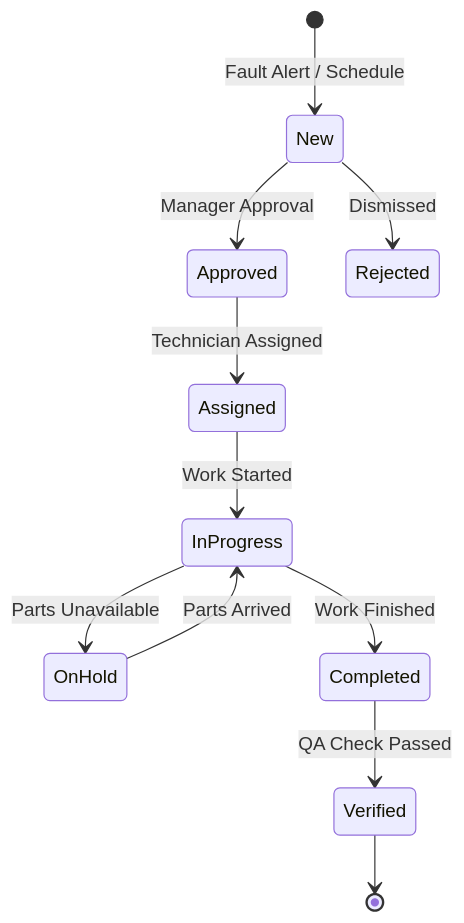
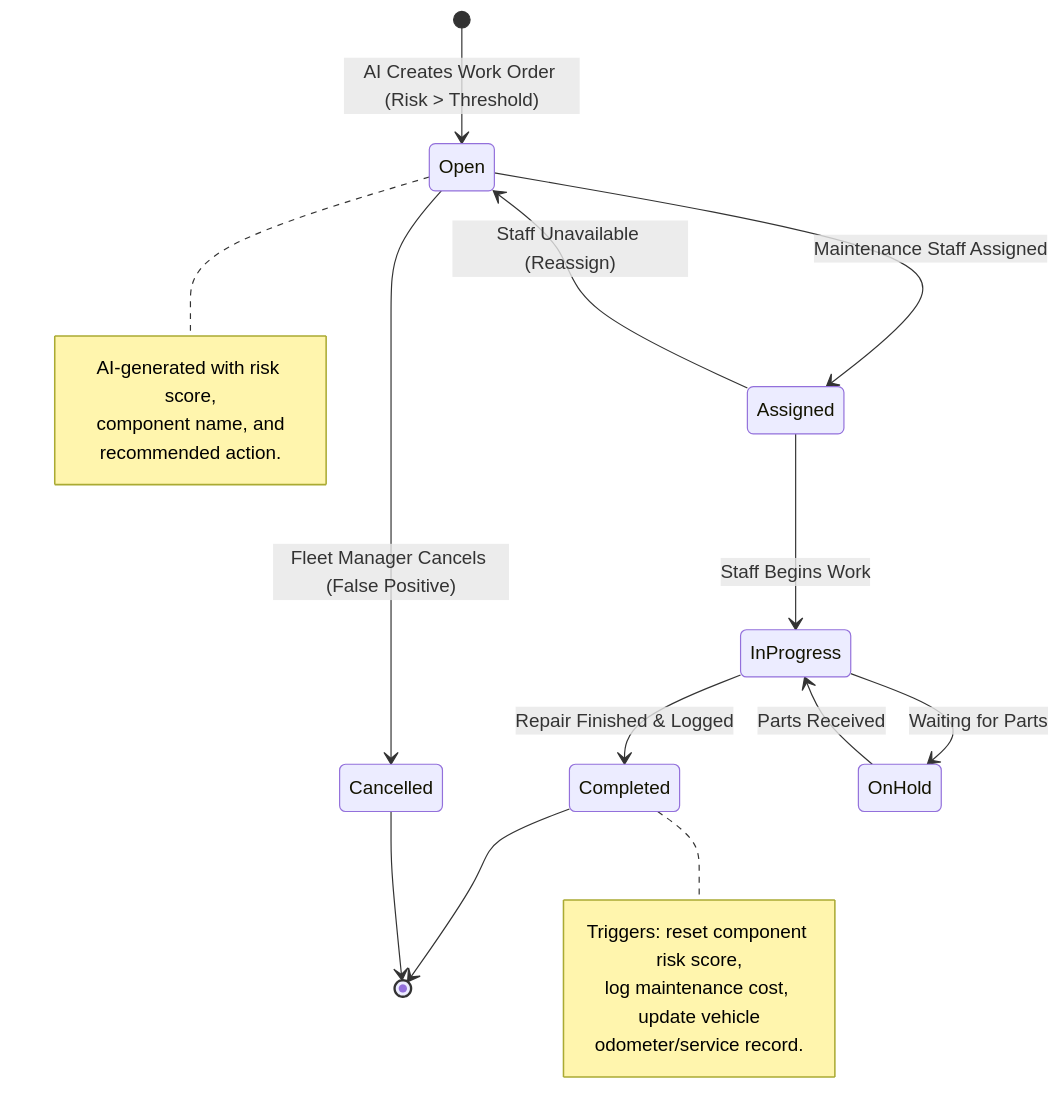
The second of 5 diagrams in STATE_DIAGRAM.md (adityasinghz/kata), drawn with Mermaid before and after one commit. The commit also changed other lines of this file and 16 other files, not shown here.

````diff
--- a/STATE_DIAGRAM.md
+++ b/STATE_DIAGRAM.md
@@ -26,13 +48,30 @@
 ```mermaid
 stateDiagram-v2
-    [*] --> New : Fault Alert / Schedule
-    New --> Approved : Manager Approval
-    New --> Rejected : Dismissed
-    Approved --> Assigned : Technician Assigned
-    Assigned --> InProgress : Work Started
-    InProgress --> OnHold : Parts Unavailable
-    OnHold --> InProgress : Parts Arrived
-    InProgress --> Completed : Work Finished
-    Completed --> Verified : QA Check Passed
-    Verified --> [*]
+    [*] --> Open : AI Creates Work Order (Risk > Threshold)
+
+    Open --> Assigned : Maintenance Staff Assigned
+    Open --> Cancelled : Fleet Manager Cancels (False Positive)
+
+    Assigned --> InProgress : Staff Begins Work
+    Assigned --> Open : Staff Unavailable (Reassign)
+
+    InProgress --> Completed : Repair Finished & Logged
+    InProgress --> OnHold : Waiting for Parts
+
+    OnHold --> InProgress : Parts Received
+
+    Completed --> [*]
+    Cancelled --> [*]
+
+    note right of Open
+        AI-generated with risk score,
+        component name, and
+        recommended action.
+    end note
+
+    note right of Completed
+        Triggers: reset component risk score,
+        log maintenance cost, update vehicle
+        odometer/service record.
+    end note
 ```
````
